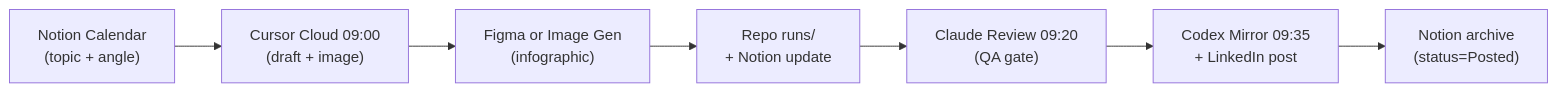
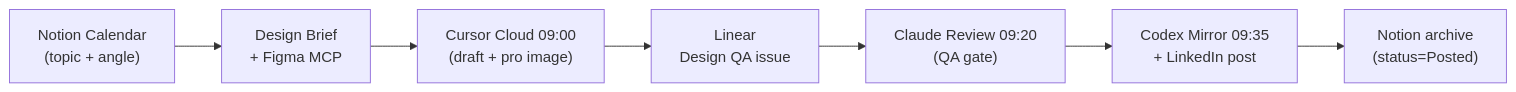
The diagram in .cursor/automations/daily-linkedin-marine-plm-post/figma-notion-claude-integration.md (leejunha781/Codex), drawn with Mermaid before and after one commit. The commit also changed other lines of this file and 9 other files, not shown here.

First line of the commit message:
Mandate Figma-first professional image design for LinkedIn posts

````diff
--- a/.cursor/automations/daily-linkedin-marine-plm-post/figma-notion-claude-integration.md
+++ b/.cursor/automations/daily-linkedin-marine-plm-post/figma-notion-claude-integration.md
@@ -7,9 +9,9 @@
 ```mermaid
 flowchart LR
-    N["Notion Calendar\n(topic + angle)"] --> C["Cursor Cloud 09:00\n(draft + image)"]
-    C --> F["Figma or Image Gen\n(infographic)"]
-    F --> R["Repo runs/\n+ Notion update"]
-    R --> CL["Claude Review 09:20\n(QA gate)"]
+    N["Notion Calendar\n(topic + angle)"] --> D["Design Brief\n+ Figma MCP"]
+    D --> C["Cursor Cloud 09:00\n(draft + pro image)"]
+    C --> L["Linear\nDesign QA issue"]
+    L --> CL["Claude Review 09:20\n(QA gate)"]
     CL --> M["Codex Mirror 09:35\n+ LinkedIn post"]
     M --> N2["Notion archive\n(status=Posted)"]
 ```
````
